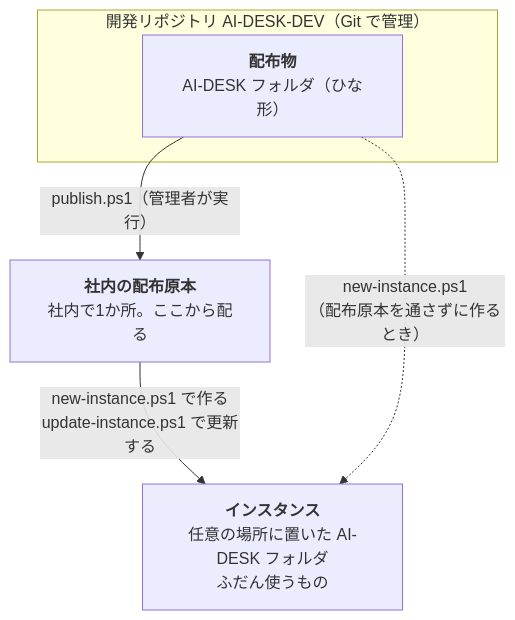
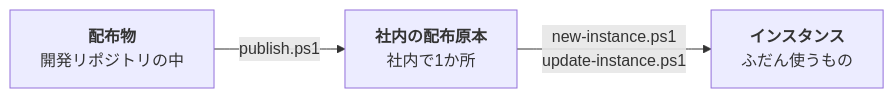
One commit to nofukao/AI-DESK changed the diagram in docs/wiki/概要.md. Above: the diagram before and after it, drawn with Mermaid. The commit also changed other lines of this file, not shown here.

Commit message:
docs: wiki の概要の構成図を横向きにして、縦を詰める

````diff
--- a/docs/wiki/概要.md
+++ b/docs/wiki/概要.md
@@ -64,11 +64,8 @@
 ```mermaid
-flowchart TB
-  subgraph DEV["開発リポジトリ AI-DESK-DEV（Git で管理）"]
-    T["<b>配布物</b><br>AI-DESK フォルダ（ひな形）"]
-  end
-  O["<b>社内の配布原本</b><br>社内で1か所。ここから配る"]
-  I["<b>インスタンス</b><br>任意の場所に置いた AI-DESK フォルダ<br>ふだん使うもの"]
-  T -->|"publish.ps1（管理者が実行）"| O
-  O -->|"new-instance.ps1 で作る<br>update-instance.ps1 で更新する"| I
-  T -.->|"new-instance.ps1<br>（配布原本を通さずに作るとき）"| I
+flowchart LR
+  T["<b>配布物</b><br>開発リポジトリの中"]
+  O["<b>社内の配布原本</b><br>社内で1か所"]
+  I["<b>インスタンス</b><br>ふだん使うもの"]
+  T -->|"publish.ps1"| O
+  O -->|"new-instance.ps1<br>update-instance.ps1"| I
 ```
````
